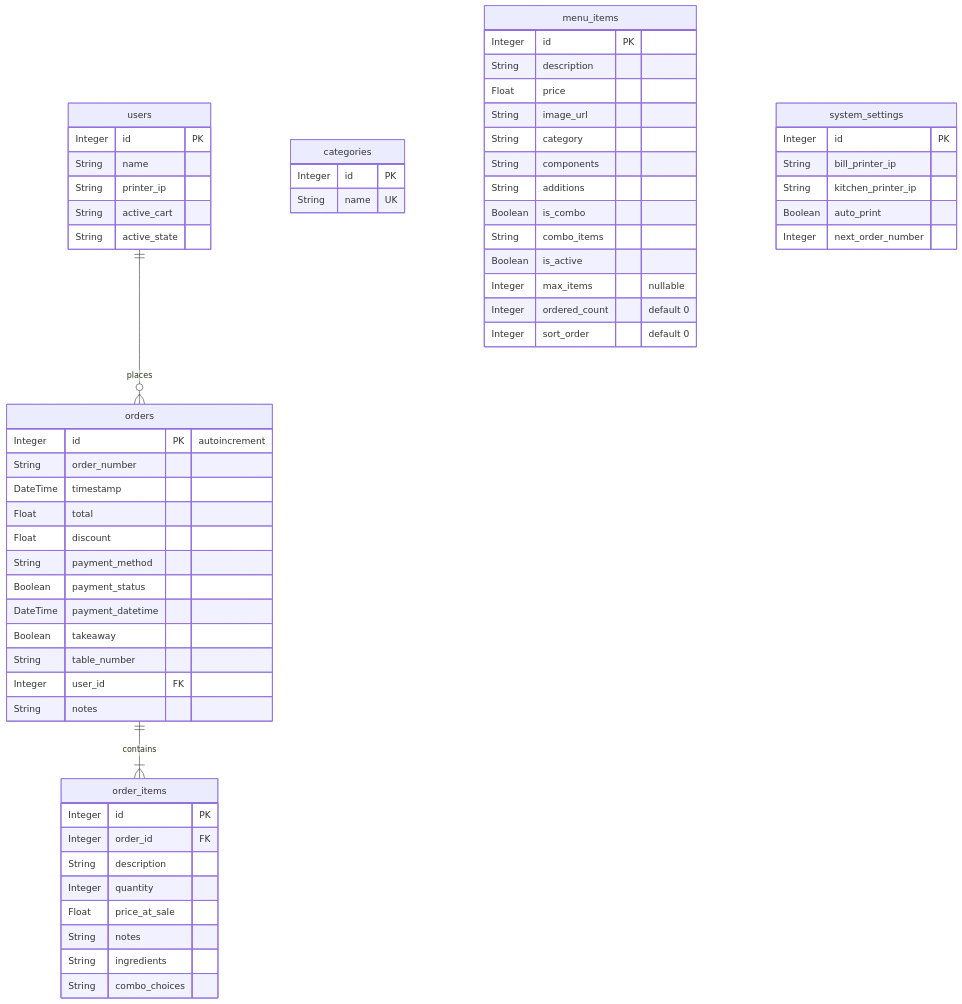
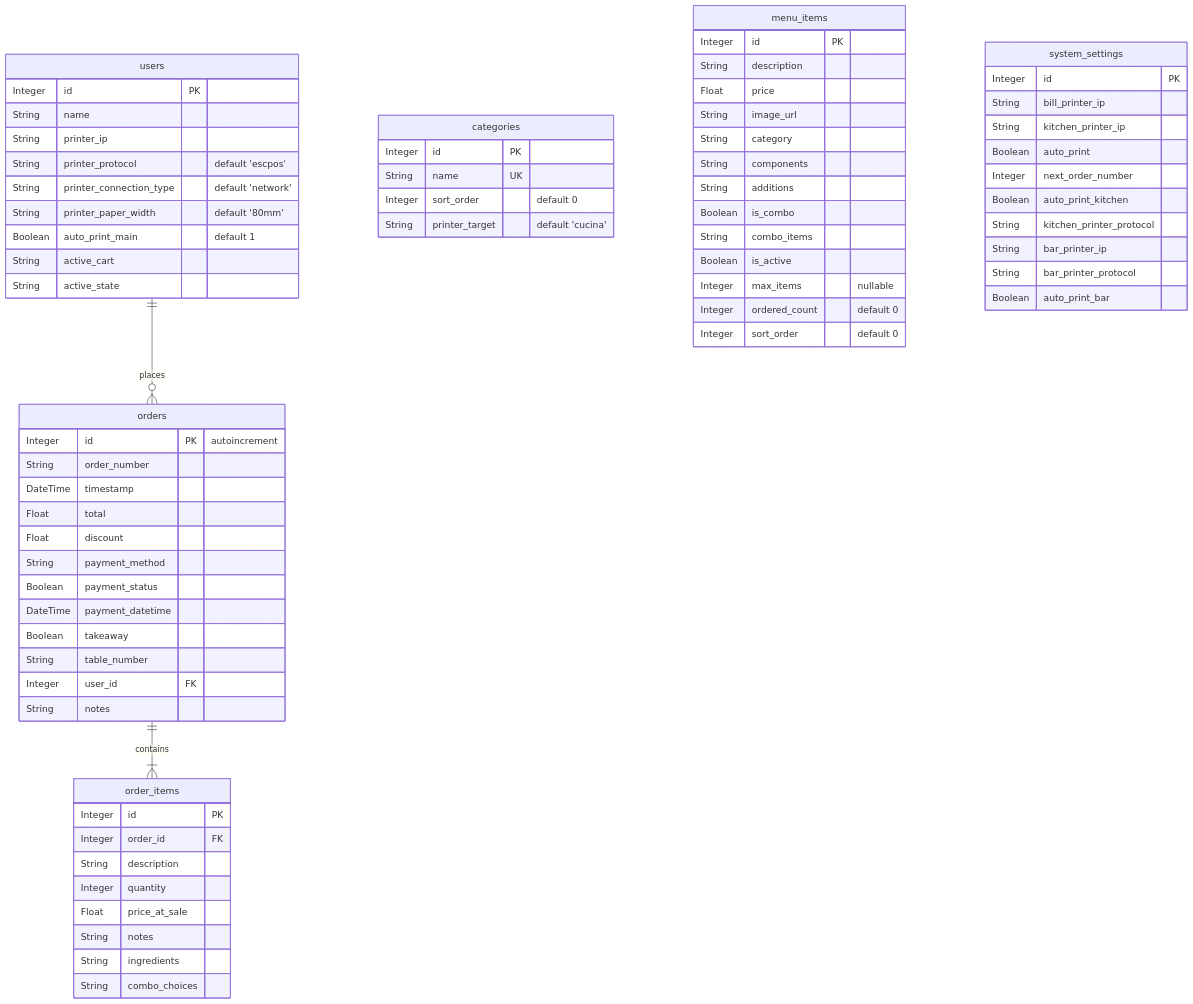
Before and after one commit to CangioUni/burger-station: the diagram in DB_SCHEMA.md, drawn with Mermaid. The commit also changed other lines of this file and 7 other files, not shown here.

````diff
--- a/DB_SCHEMA.md
+++ b/DB_SCHEMA.md
@@ -7,68 +7,79 @@
 ```mermaid
 erDiagram
     users ||--o{ orders : "places"
     orders ||--|{ order_items : "contains"
 
     users {
         Integer id PK
         String name
         String printer_ip
+        String printer_protocol "default 'escpos'"
+        String printer_connection_type "default 'network'"
+        String printer_paper_width "default '80mm'"
+        Boolean auto_print_main "default 1"
         String active_cart
         String active_state
     }
 
     categories {
         Integer id PK
         String name UK
+        Integer sort_order "default 0"
+        String printer_target "default 'cucina'"
     }
 
     menu_items {
         Integer id PK
         String description
         Float price
         String image_url
         String category
         String components
         String additions
         Boolean is_combo
         String combo_items
         Boolean is_active
         Integer max_items "nullable"
         Integer ordered_count "default 0"
         Integer sort_order "default 0"
     }
 
     system_settings {
         Integer id PK
         String bill_printer_ip
         String kitchen_printer_ip
         Boolean auto_print
         Integer next_order_number
+        Boolean auto_print_kitchen
+        String kitchen_printer_protocol
+        String bar_printer_ip
+        String bar_printer_protocol
+        Boolean auto_print_bar
     }
 
     orders {
         Integer id PK "autoincrement"
         String order_number
         DateTime timestamp
         Float total
         Float discount
         String payment_method
         Boolean payment_status
         DateTime payment_datetime
         Boolean takeaway
         String table_number
         Integer user_id FK
         String notes
     }
 
     order_items {
         Integer id PK
         Integer order_id FK
         String description
         Integer quantity
         Float price_at_sale
         String notes
         String ingredients
         String combo_choices
     }
 ```
````
